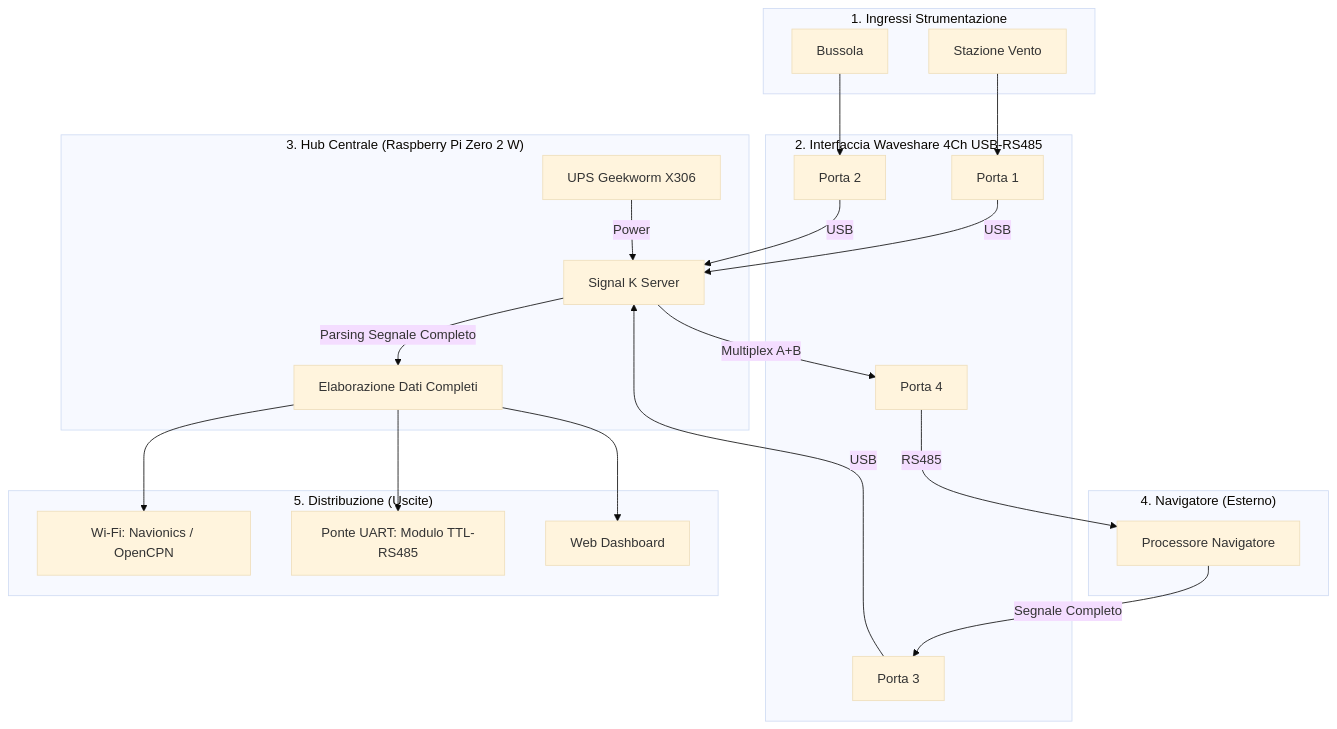
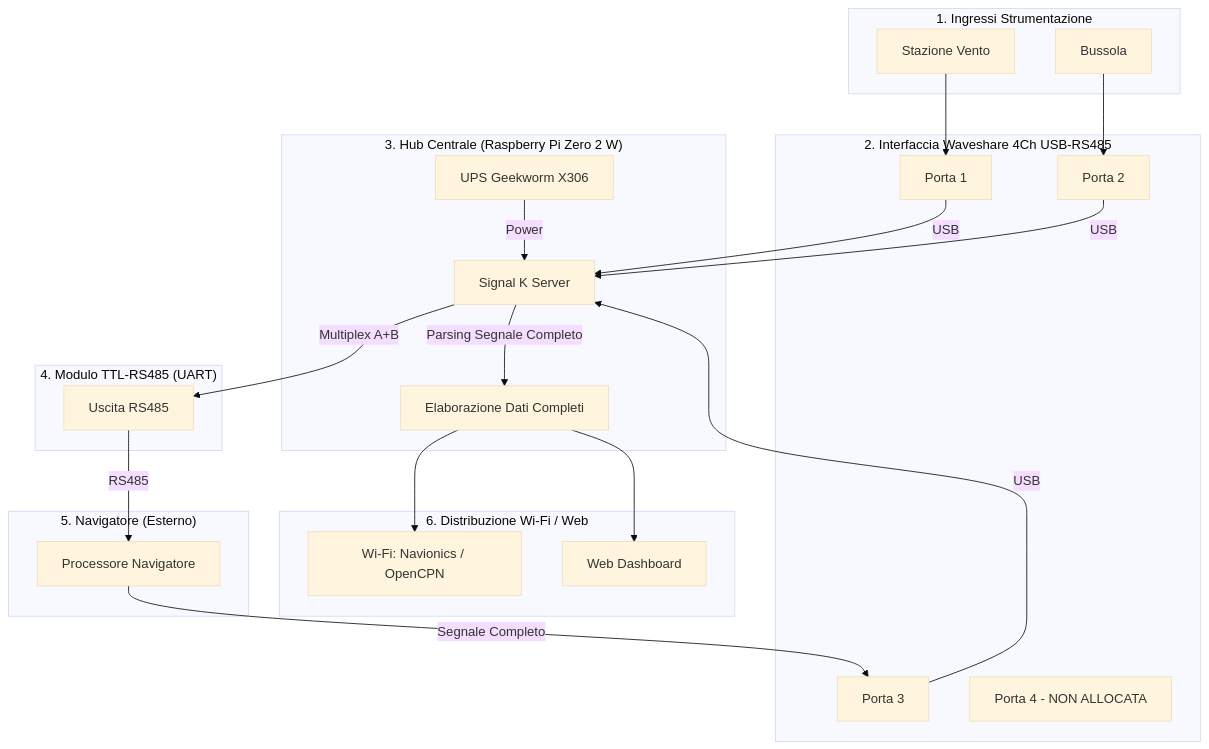
Before and after one commit to PZero/MamaoHub: the diagram in README.md, drawn with Mermaid (base theme). The commit also changed other lines of this file, not shown here.

Commit message:
Update: Corrected physical routing (A+B via UART, Port 4 unallocated)

````diff
--- a/README.md
+++ b/README.md
@@ -11,49 +11,51 @@
 ```mermaid
 graph TD
     subgraph Ingressi["1. Ingressi Strumentazione"]
         Vento[Stazione Vento]
         Bussola[Bussola]
     end
 
     subgraph Waveshare["2. Interfaccia Waveshare 4Ch USB-RS485"]
         Port1[Porta 1]
         Port2[Porta 2]
         Port3[Porta 3]
-        Port4[Porta 4]
+        Port4[Porta 4 - NON ALLOCATA]
     end
 
     subgraph RPi["3. Hub Centrale (Raspberry Pi Zero 2 W)"]
         SK[Signal K Server]
         UPS[UPS Geekworm X306] -- Power --> SK
         SK_Proc[Elaborazione Dati Completi]
     end
 
-    subgraph Nav["4. Navigatore (Esterno)"]
+    subgraph Bridge["4. Modulo TTL-RS485 (UART)"]
+        TTL[Uscita RS485]
+    end
+
+    subgraph Nav["5. Navigatore (Esterno)"]
         Nav_Device[Processore Navigatore]
     end
 
-    subgraph Out["5. Distribuzione (Uscite)"]
+    subgraph Out["6. Distribuzione Wi-Fi / Web"]
         WiFi[Wi-Fi: Navionics / OpenCPN]
-        UART_Out[Ponte UART: Modulo TTL-RS485]
         WebDash[Web Dashboard]
     end
 
-    %% Flusso Dati
+    %% Flusso Dati Ingresso
     Vento --> Port1
     Bussola --> Port2
     Port1 & Port2 -- USB --> SK
     
-    %% Loop-back verso Navigatore
-    SK -- "Multiplex A+B" --> Port4
-    Port4 -- RS485 --> Nav_Device
+    %% Multiplex A+B verso Navigatore
+    SK -- "Multiplex A+B" --> TTL
+    TTL -- RS485 --> Nav_Device
     
     %% Rientro Segnale Completo
     Nav_Device -- "Segnale Completo" --> Port3
     Port3 -- USB --> SK
     
     %% Distribuzione Finale
     SK -- "Parsing Segnale Completo" --> SK_Proc
     SK_Proc --> WiFi
-    SK_Proc --> UART_Out
     SK_Proc --> WebDash
 ```
````
